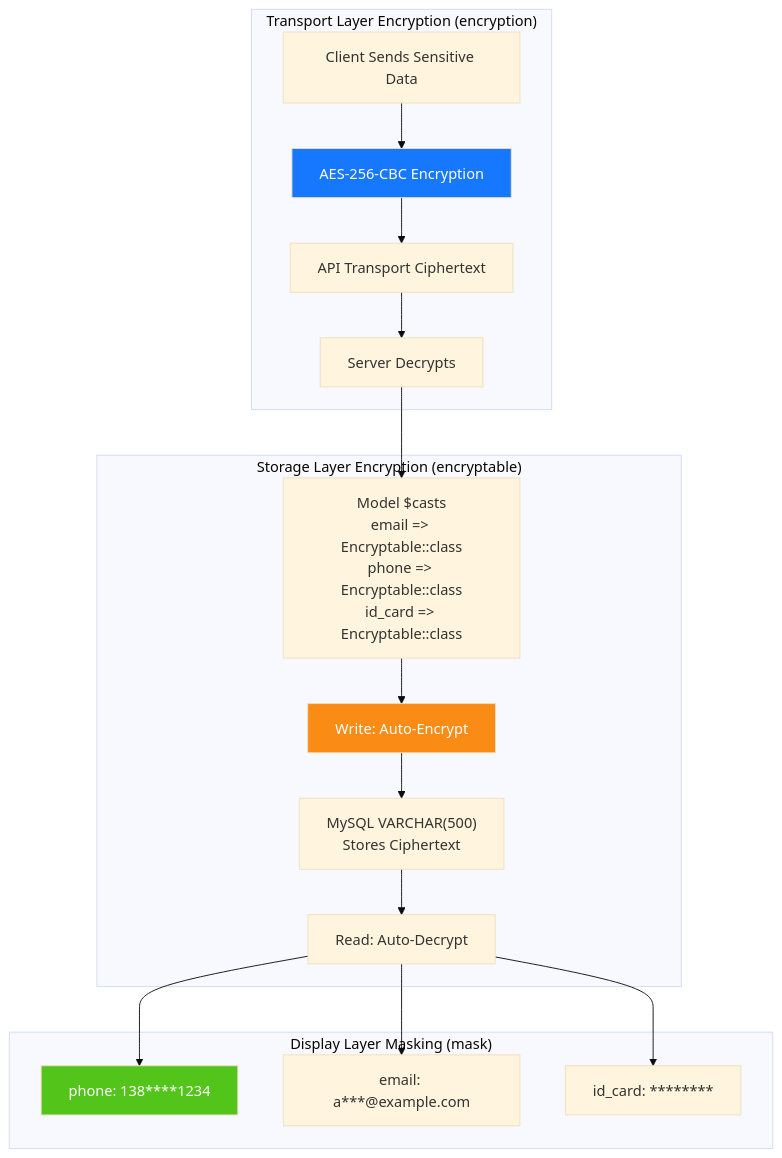
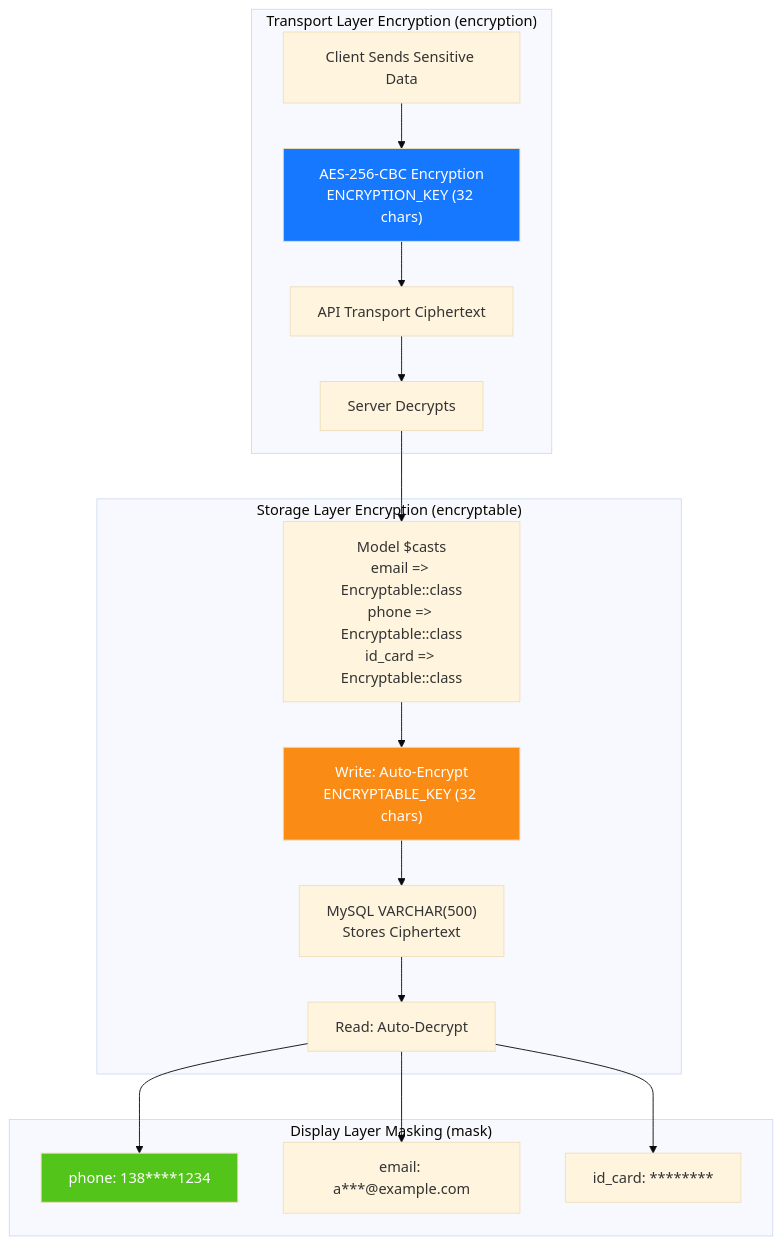
Before and after one commit to erikwang2013/integrated-global-logistics: the eighth of 13 diagrams in admin/docs/ARCHITECTURE.en.md, drawn with Mermaid (base theme). The commit also changed other lines of this file and 88 other files, not shown here.

````diff
--- a/admin/docs/ARCHITECTURE.en.md
+++ b/admin/docs/ARCHITECTURE.en.md
@@ -398,31 +402,31 @@
 ```mermaid
 flowchart TB
     subgraph "Transport Layer Encryption (encryption)"
         E1["Client Sends Sensitive Data"]
-        E2["AES-256-CBC Encryption"]
+        E2["AES-256-CBC Encryption<br/>ENCRYPTION_KEY (32 chars)"]
         E3["API Transport Ciphertext"]
         E4["Server Decrypts"]
         E1 --> E2 --> E3 --> E4
     end
 
     subgraph "Storage Layer Encryption (encryptable)"
         D1["Model $casts<br/>email => Encryptable::class<br/>phone => Encryptable::class<br/>id_card => Encryptable::class"]
-        D2["Write: Auto-Encrypt"]
+        D2["Write: Auto-Encrypt<br/>ENCRYPTABLE_KEY (32 chars)"]
         D3["MySQL VARCHAR(500)<br/>Stores Ciphertext"]
         D4["Read: Auto-Decrypt"]
         D1 --> D2 --> D3 --> D4
     end
 
     subgraph "Display Layer Masking (mask)"
         M1["phone: 138****1234"]
         M2["email: a***@example.com"]
         M3["id_card: ********"]
         D4 --> M1 & M2 & M3
     end
 
     E4 --> D1
 
     style E2 fill:#1677FF,color:#fff
     style D2 fill:#FA8C16,color:#fff
     style M1 fill:#52C41A,color:#fff
 ```
````
